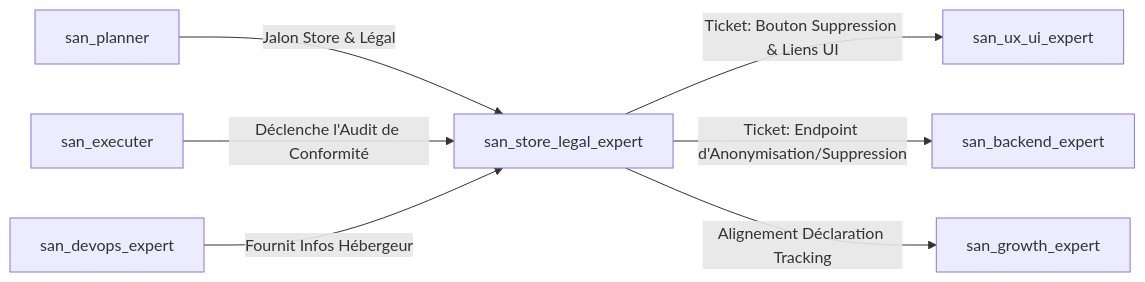
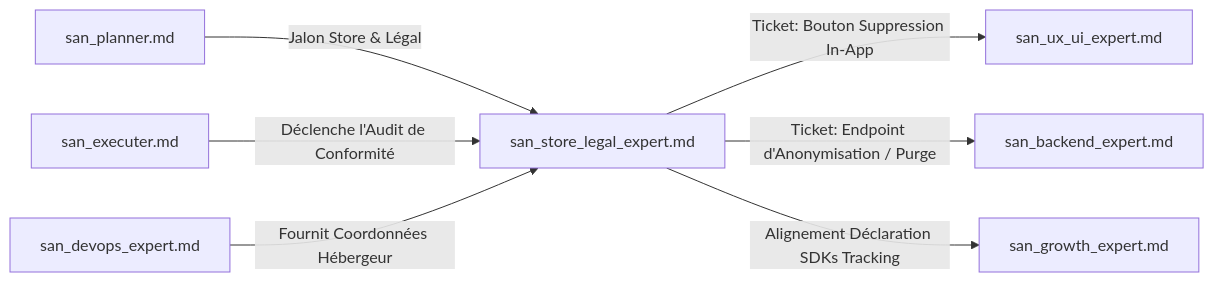
One commit to alexsan-dev/san_agy_framework changed the second of 2 diagrams in skills/san_store_legal_expert.md. Above: the diagram before and after it, drawn with Mermaid. The commit also changed other lines of this file and 41 other files, not shown here.

Commit message:
feat(phase3): packaging and automated testing of onboarding & scoping core (san_init, san_brainstorming, san_planner)

````diff
--- a/skills/san_store_legal_expert.md
+++ b/skills/san_store_legal_expert.md
@@ -198,9 +424,9 @@
 ```mermaid
 graph LR
-    PLAN["san_planner"] -->|Jalon Store & Légal| LEGAL["san_store_legal_expert"]
-    EXEC["san_executer"] -->|Déclenche l'Audit de Conformité| LEGAL
-    LEGAL -->|Ticket: Bouton Suppression & Liens UI| FRONT["san_ux_ui_expert"]
-    LEGAL -->|Ticket: Endpoint d'Anonymisation/Suppression| BACK["san_backend_expert"]
-    LEGAL -->|Alignement Déclaration Tracking| GROWTH["san_growth_expert"]
-    OPS["san_devops_expert"] -->|Fournit Infos Hébergeur| LEGAL
+    PLAN["san_planner.md"] -->|Jalon Store & Légal| LEGAL["san_store_legal_expert.md"]
+    EXEC["san_executer.md"] -->|Déclenche l'Audit de Conformité| LEGAL
+    LEGAL -->|Ticket: Bouton Suppression In-App| FRONT["san_ux_ui_expert.md"]
+    LEGAL -->|Ticket: Endpoint d'Anonymisation / Purge| BACK["san_backend_expert.md"]
+    LEGAL -->|Alignement Déclaration SDKs Tracking| GROWTH["san_growth_expert.md"]
+    OPS["san_devops_expert.md"] -->|Fournit Coordonnées Hébergeur| LEGAL
 ```
````
